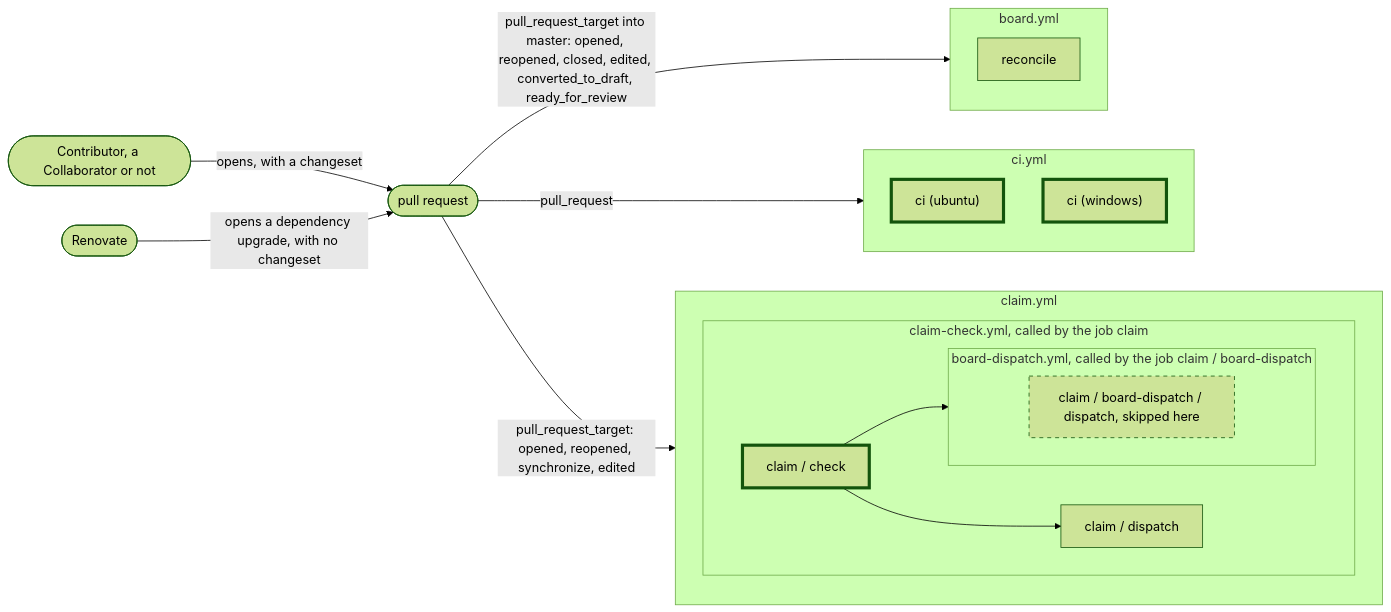
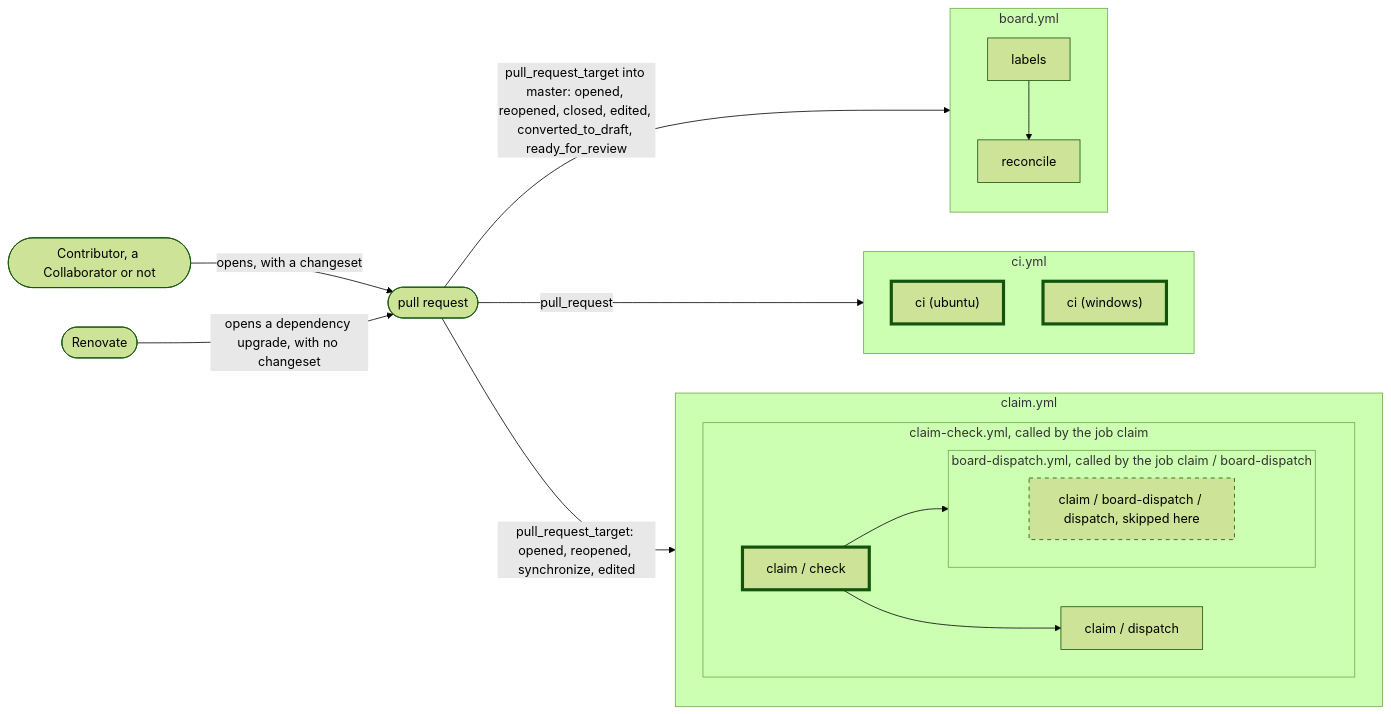
The first of 2 diagrams in CONTRIBUTING.md (phmilk/reforged-ts), drawn with Mermaid (forest theme) before and after one commit. The commit also changed other lines of this file and 19 other files, not shown here.

````diff
--- a/CONTRIBUTING.md
+++ b/CONTRIBUTING.md
@@ -36,35 +36,37 @@
 ```mermaid
 flowchart LR
   %% diagram: pull-request-ci
   %% Generated from the workflows a pull_request or pull_request_target event triggers, and the required checks of the committed ruleset.
   contributor(["Contributor, a Collaborator or not"])
   renovate(["Renovate"])
   pull_request(["pull request"])
   contributor -->|"opens, with a changeset"| pull_request
   renovate -->|"opens a dependency upgrade, with no changeset"| pull_request
   subgraph board_yml["board.yml"]
+    board_yml_labels["labels"]
     board_yml_reconcile["reconcile"]
   end
   subgraph ci_yml["ci.yml"]
     ci_yml_ci_ubuntu["ci (ubuntu)"]
     ci_yml_ci_windows["ci (windows)"]
   end
   subgraph claim_yml["claim.yml"]
     subgraph claim_yml_claim["claim-check.yml, called by the job claim"]
       claim_yml_claim_check["claim / check"]
       claim_yml_claim_dispatch["claim / dispatch"]
       subgraph claim_yml_claim_board_dispatch["board-dispatch.yml, called by the job claim / board-dispatch"]
         claim_yml_claim_board_dispatch_dispatch["claim / board-dispatch / dispatch, skipped here"]
       end
     end
   end
   pull_request -->|"pull_request_target into master: opened, reopened, closed, edited, converted_to_draft, ready_for_review"| board_yml
   pull_request -->|"pull_request"| ci_yml
   pull_request -->|"pull_request_target: opened, reopened, synchronize, edited"| claim_yml
+  board_yml_labels --> board_yml_reconcile
   claim_yml_claim_check --> claim_yml_claim_dispatch
   claim_yml_claim_check --> claim_yml_claim_board_dispatch
   classDef required stroke-width:4px
   class ci_yml_ci_ubuntu,ci_yml_ci_windows,claim_yml_claim_check required
   classDef skipped stroke-dasharray:5 5
   class claim_yml_claim_board_dispatch_dispatch skipped
 ```
````
